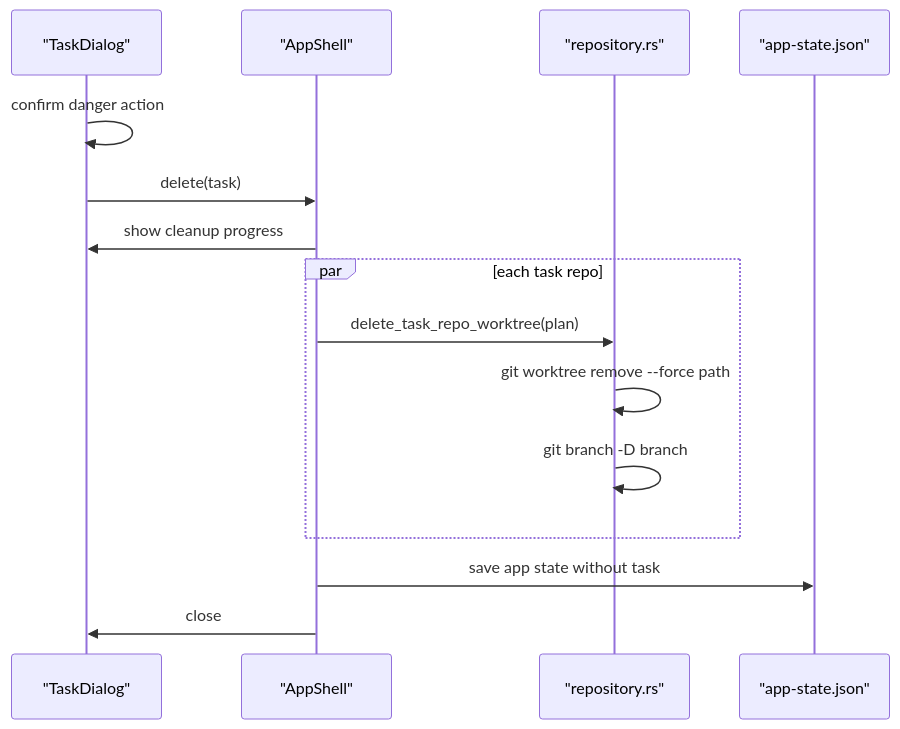
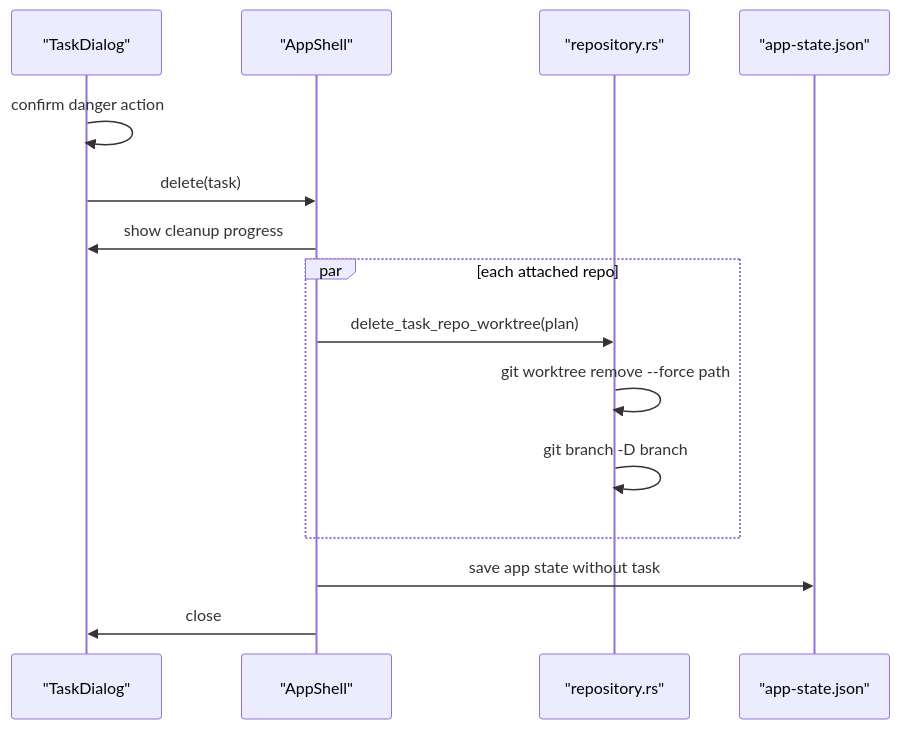
Before and after one commit to gh0stonio/pinata: diagram 11 of 12 in docs/architecture.md, drawn with Mermaid. The commit also changed other lines of this file and 8 other files, not shown here.

````diff
--- a/docs/architecture.md
+++ b/docs/architecture.md
@@ -617,18 +645,18 @@
 ```mermaid
 sequenceDiagram
     participant dialog as "TaskDialog"
     participant shell as "AppShell"
     participant rust as "repository.rs"
     participant file as "app-state.json"
 
     dialog->>dialog: confirm danger action
     dialog->>shell: delete(task)
     shell->>dialog: show cleanup progress
-    par each task repo
+    par each attached repo
         shell->>rust: delete_task_repo_worktree(plan)
         rust->>rust: git worktree remove --force path
         rust->>rust: git branch -D branch
     end
     shell->>file: save app state without task
     shell->>dialog: close
 ```
````
